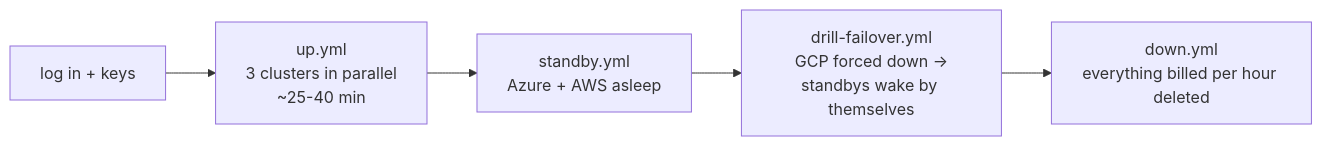
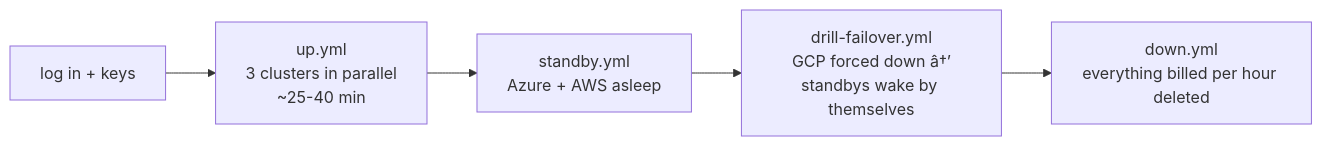
Before and after one commit to ppmcad16a-cloud-platform/.github: the third of 3 diagrams in profile/README.md, drawn with Mermaid. The commit also changed other lines of this file, not shown here.

````diff
--- a/profile/README.md
+++ b/profile/README.md
@@ -107,7 +107,7 @@
 ```mermaid
 flowchart LR
     L[log in + keys] --> UP[up.yml<br/>3 clusters in parallel<br/>~25-40 min]
     UP --> SB[standby.yml<br/>Azure + AWS asleep]
-    SB --> DF[drill-failover.yml<br/>GCP forced down →<br/>standbys wake by themselves]
+    SB --> DF[drill-failover.yml<br/>GCP forced down â†’<br/>standbys wake by themselves]
     DF --> DN[down.yml<br/>everything billed per hour deleted]
 ```
````
